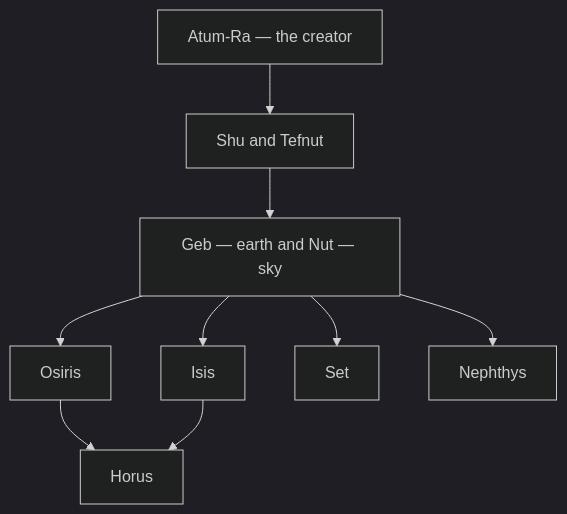
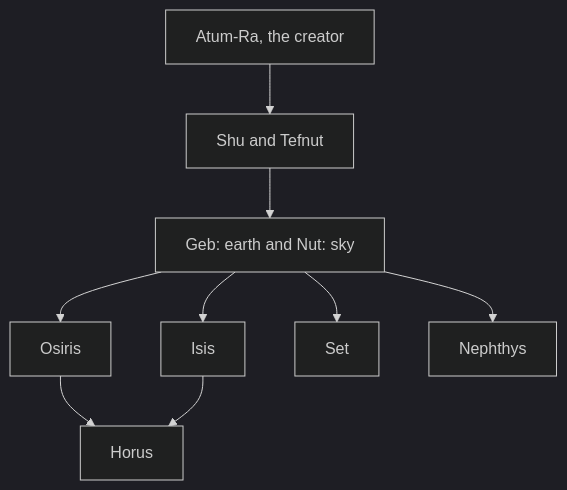
The diagram in data/knowledge/mythology/egyptian-mythology/index.md (kennethreitz/kennethreitz.org), drawn with Mermaid (dark theme) before and after one commit. The commit also changed other lines of this file and 879 other files, not shown here.

````diff
--- a/data/knowledge/mythology/egyptian-mythology/index.md
+++ b/data/knowledge/mythology/egyptian-mythology/index.md
@@ -40,12 +40,12 @@
 ```mermaid
 flowchart TD
-    R["Atum-Ra — the creator"]
+    R["Atum-Ra, the creator"]
     R --> ST["Shu and Tefnut"]
-    ST --> GN["Geb — earth and Nut — sky"]
+    ST --> GN["Geb: earth and Nut: sky"]
     GN --> Os["Osiris"]
     GN --> Is["Isis"]
     GN --> Se["Set"]
     GN --> Ne["Nephthys"]
     Os --> Ho["Horus"]
     Is --> Ho
 ```
````
